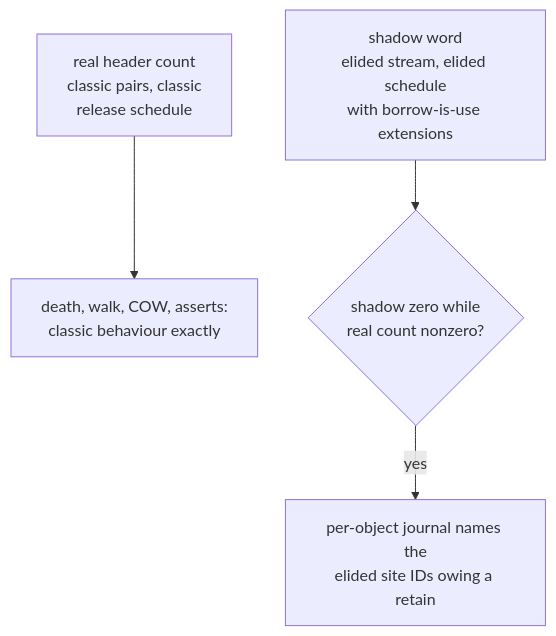
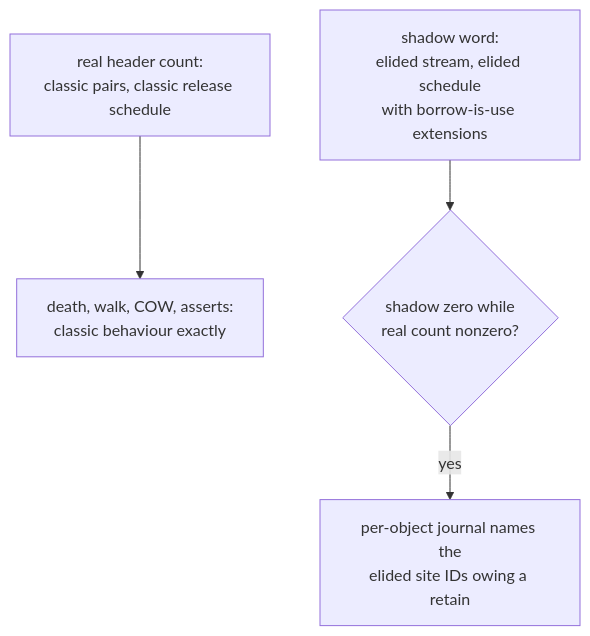
Before and after one commit to limelight-lang/model: the second of 2 diagrams in dev/design/proof-horizon-structures.md, drawn with Mermaid. The commit also changed other lines of this file and 1 other file, not shown here.

Commit message:
dev: fix mermaid labels in the proof-horizon reading aids
Literal newlines inside node and edge labels do not parse; quoted
single-line labels with <br/> do.

````diff
--- a/dev/design/proof-horizon-structures.md
+++ b/dev/design/proof-horizon-structures.md
@@ -64,13 +63,6 @@
 ```mermaid
 flowchart TD
-    RS[real header count
-classic pairs, classic
-release schedule] --> DEATH[death, walk, COW, asserts:
-classic behaviour exactly]
-    SW[shadow word
-elided stream, elided schedule
-with borrow-is-use extensions] --> SIG{shadow zero while
-real count nonzero?}
-    SIG -->|yes| LOG[per-object journal names the
-elided site IDs owing a retain]
+    RS["real header count:<br/>classic pairs, classic release schedule"] --> DEATH["death, walk, COW, asserts:<br/>classic behaviour exactly"]
+    SW["shadow word:<br/>elided stream, elided schedule<br/>with borrow-is-use extensions"] --> SIG{"shadow zero while<br/>real count nonzero?"}
+    SIG -->|yes| LOG["per-object journal names the<br/>elided site IDs owing a retain"]
 ```
````
